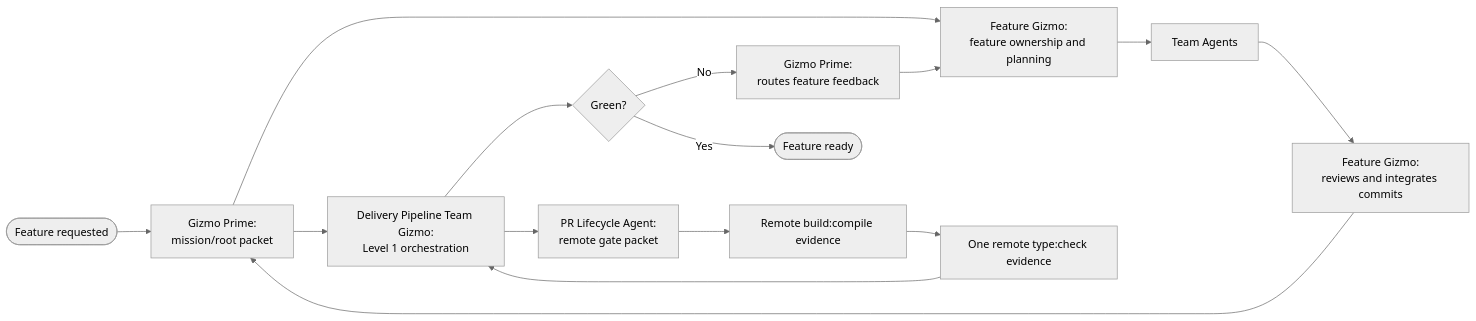
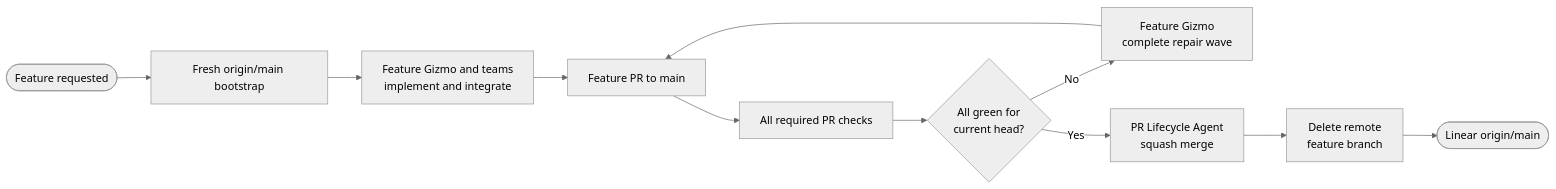
The third of 7 diagrams in .cortex/gizmo-prime/architecture/multiagent-delivery-diagrams.md (meta-secret/nook), drawn with Mermaid (neutral theme) before and after one commit. The commit also changed other lines of this file and 77 other files, not shown here.

````diff
--- a/.cortex/gizmo-prime/architecture/multiagent-delivery-diagrams.md
+++ b/.cortex/gizmo-prime/architecture/multiagent-delivery-diagrams.md
@@ -223,20 +112,17 @@
 ```mermaid
 flowchart LR
     Request([Feature requested])
-    Prime["Gizmo Prime:<br/>mission/root packet"]
-    GizmoPlan["Feature Gizmo:<br/>feature ownership and planning"]
-    Teams["Team Agents"]
-    GizmoManagement["Feature Gizmo:<br/>reviews and integrates commits"]
-    Pipeline["Delivery Pipeline Team Gizmo:<br/>Level 1 orchestration"]
-    Steward["PR Lifecycle Agent:<br/>remote gate packet"]
-    Build["Remote build:compile evidence"]
-    TypeCheck["One remote type:check evidence"]
-    Green{"Green?"}
-    Feedback["Gizmo Prime:<br/>routes feature feedback"]
-    Ready([Feature ready])
+    Bootstrap["Fresh origin/main bootstrap"]
+    Work["Feature Gizmo and teams<br/>implement and integrate"]
+    PR["Feature PR to main"]
+    Checks["All required PR checks"]
+    Green{"All green for<br/>current head?"}
+    Repair["Feature Gizmo<br/>complete repair wave"]
+    Merge["PR Lifecycle Agent<br/>squash merge"]
+    Delete["Delete remote<br/>feature branch"]
+    Main([Linear origin/main])
 
-    Request --> Prime --> GizmoPlan --> Teams --> GizmoManagement
-    GizmoManagement --> Prime --> Pipeline --> Steward --> Build --> TypeCheck --> Pipeline --> Green
-    Green -- No --> Feedback --> GizmoPlan
-    Green -- Yes --> Ready
+    Request --> Bootstrap --> Work --> PR --> Checks --> Green
+    Green -- No --> Repair --> PR
+    Green -- Yes --> Merge --> Delete --> Main
 ```
````
